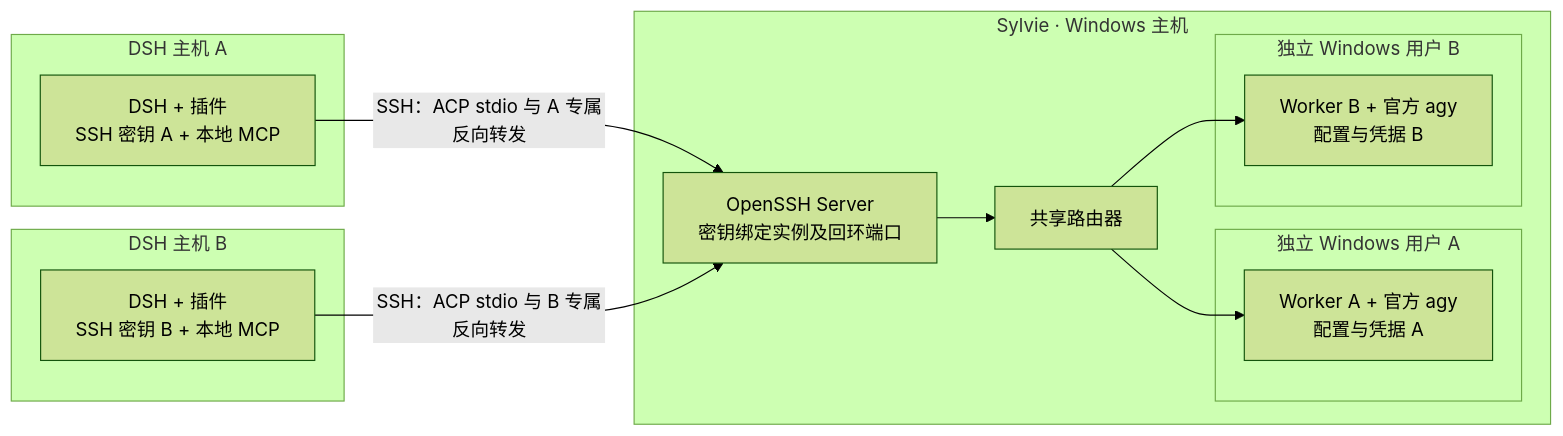
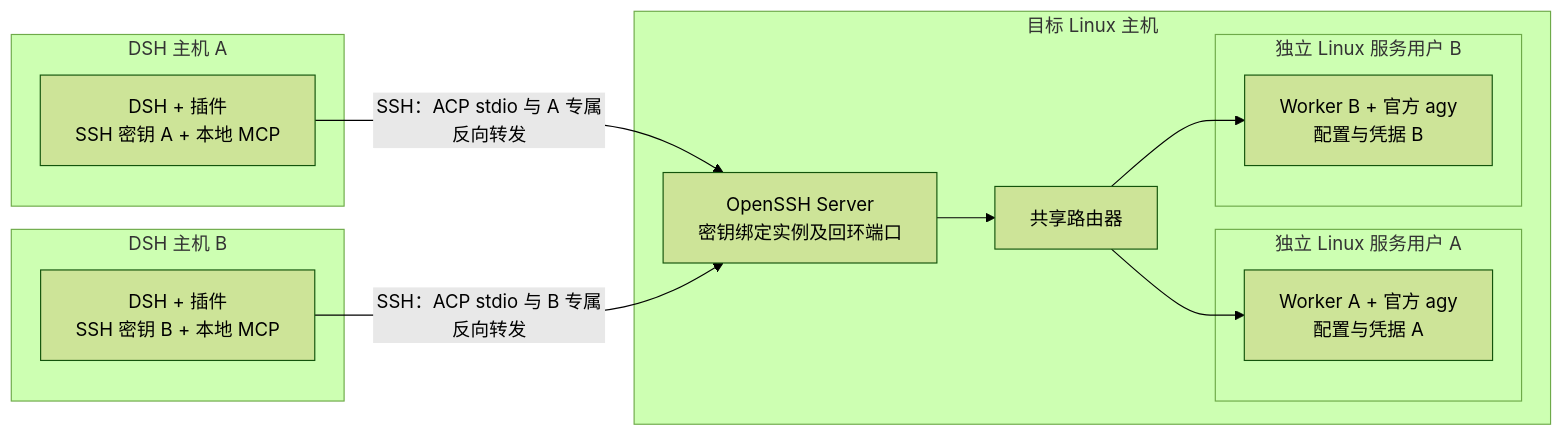
The sixth of 6 diagrams in docs/ARCHITECTURE.md (shirolabs67/AntigravityAccountSwitcher), drawn with Mermaid (forest theme) before and after one commit. The commit also changed other lines of this file and 46 other files, not shown here.

````diff
--- a/docs/ARCHITECTURE.md
+++ b/docs/ARCHITECTURE.md
@@ -121,24 +121,24 @@
 ```mermaid
 flowchart LR
   subgraph DA["DSH 主机 A"]
     A["DSH + 插件<br/>SSH 密钥 A + 本地 MCP"]
   end
   subgraph DB["DSH 主机 B"]
     B["DSH + 插件<br/>SSH 密钥 B + 本地 MCP"]
   end
-  subgraph H["Sylvie · Windows 主机"]
+  subgraph H["目标 Linux 主机"]
     SSH["OpenSSH Server<br/>密钥绑定实例及回环端口"]
     R["共享路由器"]
-    subgraph UA["独立 Windows 用户 A"]
+    subgraph UA["独立 Linux 服务用户 A"]
       WA["Worker A + 官方 agy<br/>配置与凭据 A"]
     end
-    subgraph UB["独立 Windows 用户 B"]
+    subgraph UB["独立 Linux 服务用户 B"]
       WB["Worker B + 官方 agy<br/>配置与凭据 B"]
     end
     SSH --> R
     R --> WA
     R --> WB
   end
   A -->|"SSH：ACP stdio 与 A 专属反向转发"| SSH
   B -->|"SSH：ACP stdio 与 B 专属反向转发"| SSH
 ```
````
